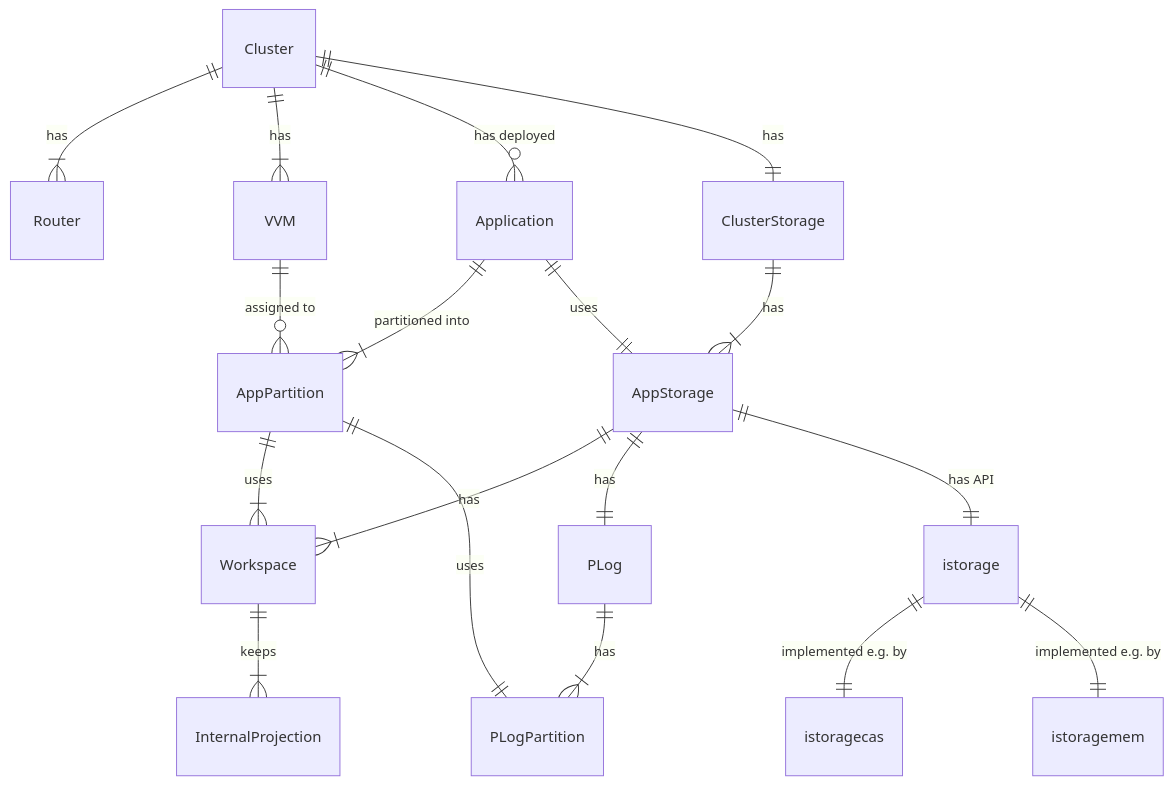
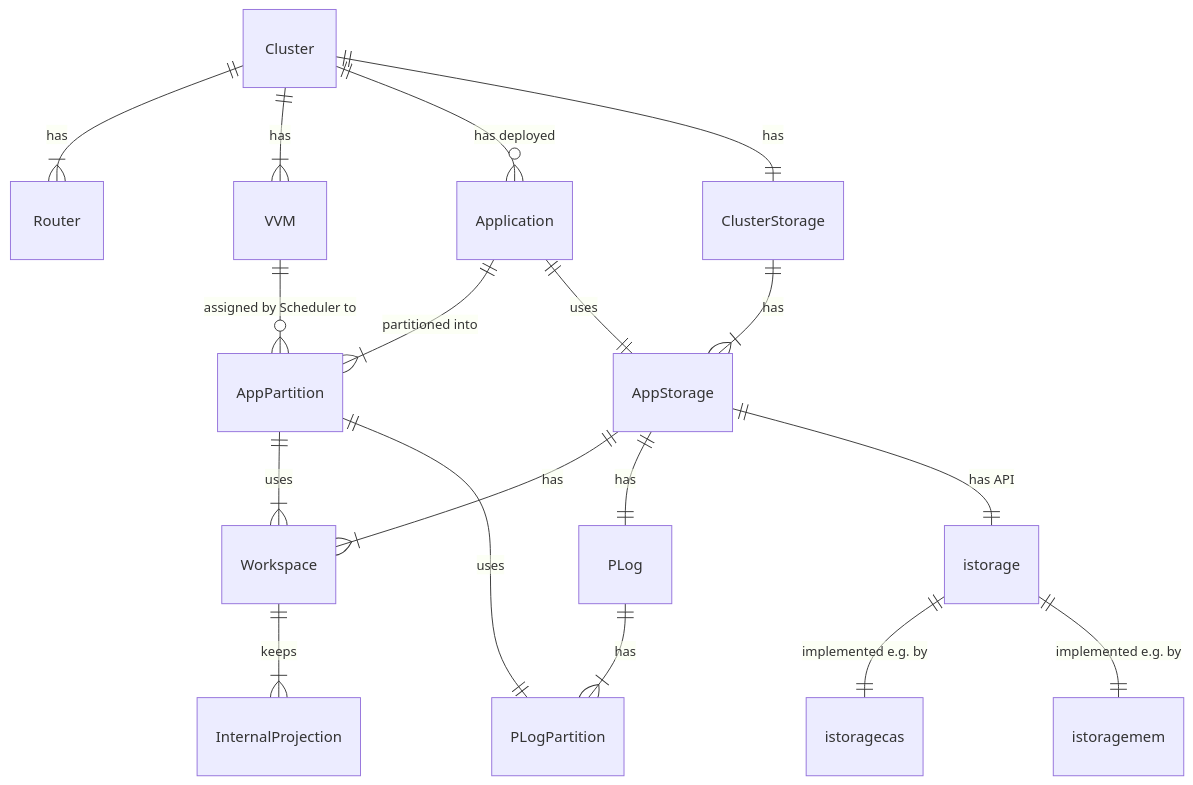
One commit to voedger/voedger changed the third of 15 diagrams in design/README.md. Above: the diagram before and after it, drawn with Mermaid.

Commit message:
assigned by Scheduler to

````diff
--- a/design/README.md
+++ b/design/README.md
@@ -84,25 +84,25 @@
 ```mermaid
     erDiagram
     Cluster ||--|{ Router : has
     Cluster ||--|{ VVM : has
     Cluster ||--o{ Application : "has deployed"
     Cluster ||--|| ClusterStorage : has
     ClusterStorage ||--|{ AppStorage : has
 
     Application ||--|{ AppPartition : "partitioned into"
     Application ||--|| AppStorage : "uses"
     AppPartition ||--|{ Workspace : "uses"
     AppPartition ||--|| PLogPartition : "uses"
 
     AppStorage ||--|{ Workspace: has
     AppStorage ||--|| PLog: has
 
     AppStorage ||--|| istorage: "has API"
     istorage ||--|| istoragecas : "implemented e.g. by"
     istorage ||--|| istoragemem : "implemented e.g. by"
 
     Workspace ||--|{ InternalProjection: keeps
     PLog ||--|{ PLogPartition : has
 
-    VVM ||--o{ AppPartition : "assigned to"
+    VVM ||--o{ AppPartition : "assigned by Scheduler to"
 ```
````
